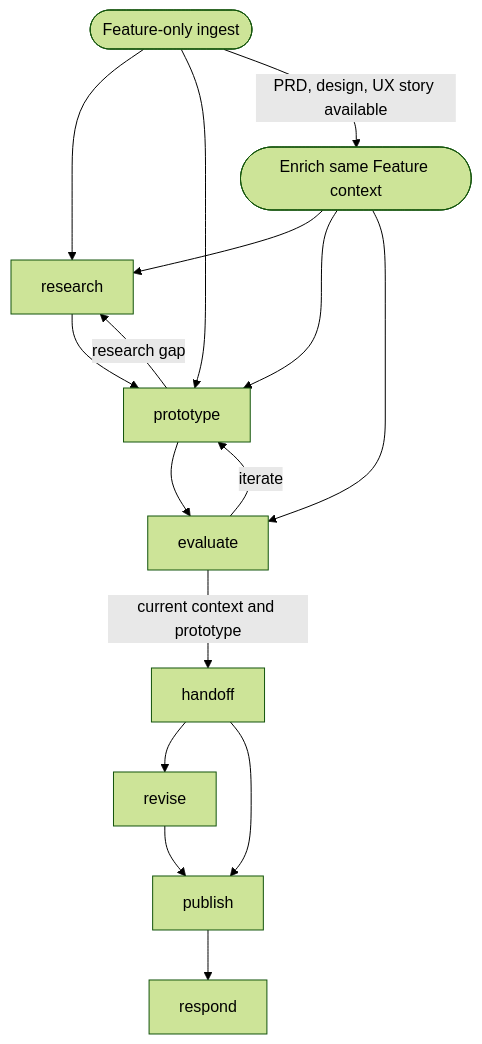
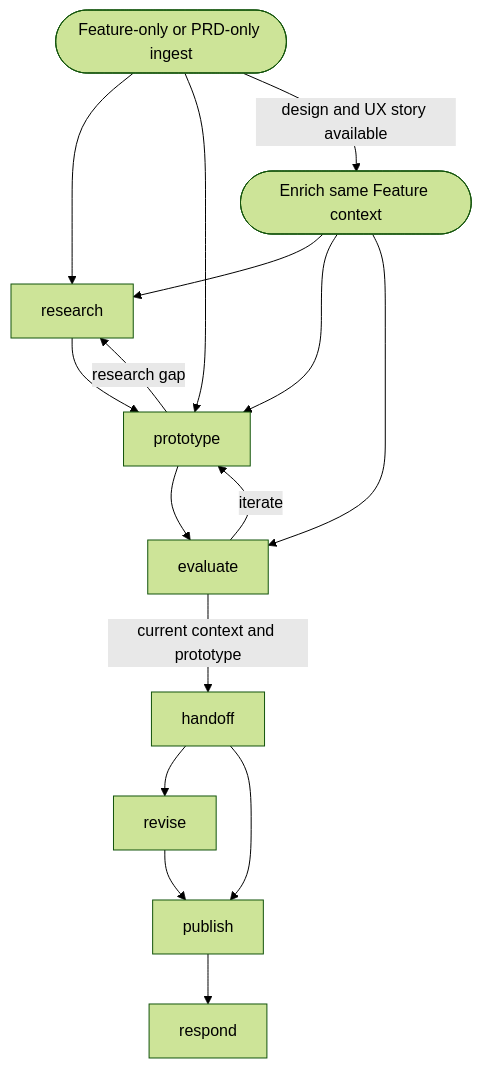
Before and after one commit to flightctl/ai-workflows: the diagram in ux-design/README.md, drawn with Mermaid (forest theme). The commit also changed other lines of this file and 9 other files, not shown here.

Commit message:
ux-design: support PRD-only ingest

````diff
--- a/ux-design/README.md
+++ b/ux-design/README.md
@@ -12,18 +12,18 @@
 ```mermaid
 graph TD
-    feature_ingest([Feature-only ingest]) --> research
-    feature_ingest --> prototype
+    early_ingest([Feature-only or PRD-only ingest]) --> research
+    early_ingest --> prototype
     research --> prototype
     prototype --> evaluate
     evaluate -->|iterate| prototype
     prototype -->|research gap| research
-    feature_ingest -->|PRD, design, UX story available| enrich([Enrich same Feature context])
+    early_ingest -->|design and UX story available| enrich([Enrich same Feature context])
     enrich --> research
     enrich --> prototype
     enrich --> evaluate
     evaluate -->|current context and prototype| handoff
     handoff --> revise
     handoff --> publish
     revise --> publish
     publish --> respond
 ```
````
